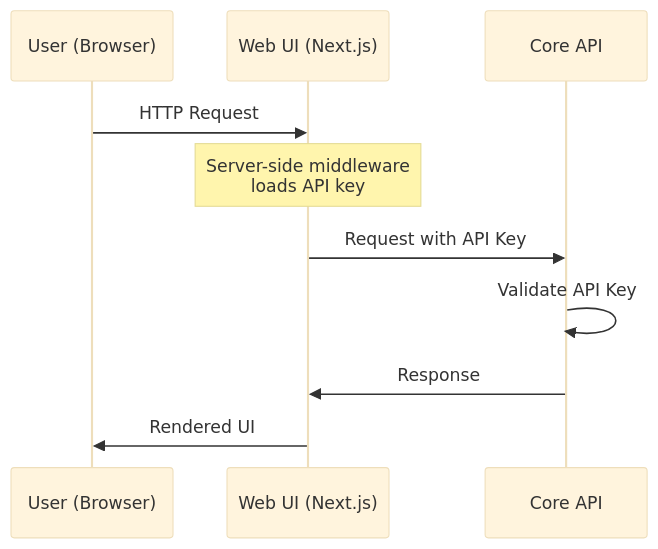
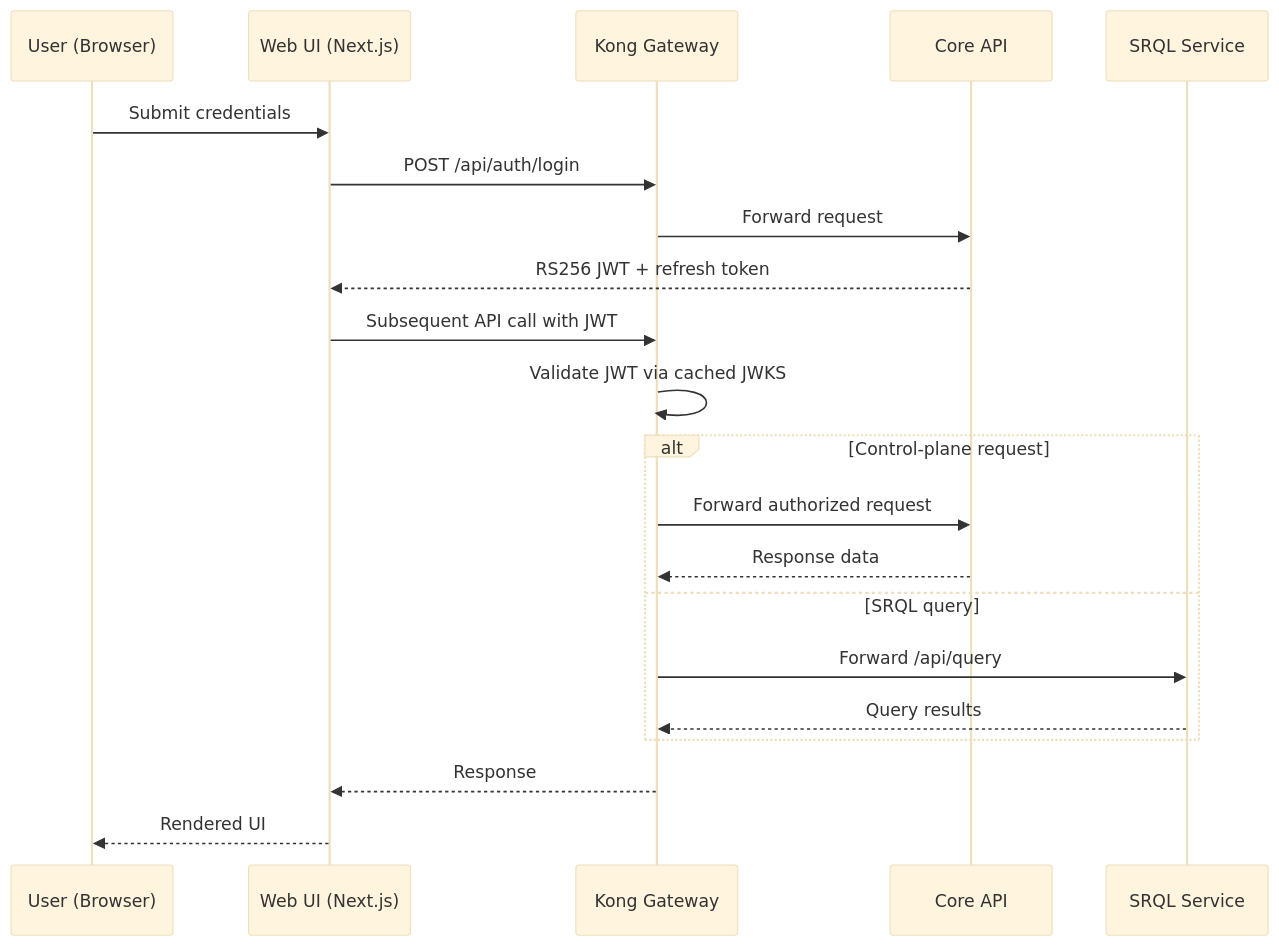
The third of 6 diagrams in docs/docs/architecture.md (carverauto/serviceradar), drawn with Mermaid (base theme) before and after one commit. The commit also changed other lines of this file and 1 other file, not shown here.

Commit message:
doc updates for kong and srql

````diff
--- a/docs/docs/architecture.md
+++ b/docs/docs/architecture.md
@@ -267,13 +303,24 @@
 ```mermaid
 sequenceDiagram
     participant User as User (Browser)
     participant WebUI as Web UI (Next.js)
-    participant API as Core API
-    
-    User->>WebUI: HTTP Request
-    Note over WebUI: Server-side middleware<br>loads API key
-    WebUI->>API: Request with API Key
-    API->>API: Validate API Key
-    API->>WebUI: Response
-    WebUI->>User: Rendered UI
+    participant Kong as Kong Gateway
+    participant Core as Core API
+    participant SRQL as SRQL Service
+
+    User->>WebUI: Submit credentials
+    WebUI->>Kong: POST /api/auth/login
+    Kong->>Core: Forward request
+    Core-->>WebUI: RS256 JWT + refresh token
+    WebUI->>Kong: Subsequent API call with JWT
+    Kong->>Kong: Validate JWT via cached JWKS
+    alt Control-plane request
+        Kong->>Core: Forward authorized request
+        Core-->>Kong: Response data
+    else SRQL query
+        Kong->>SRQL: Forward /api/query
+        SRQL-->>Kong: Query results
+    end
+    Kong-->>WebUI: Response
+    WebUI-->>User: Rendered UI
 ```
````
